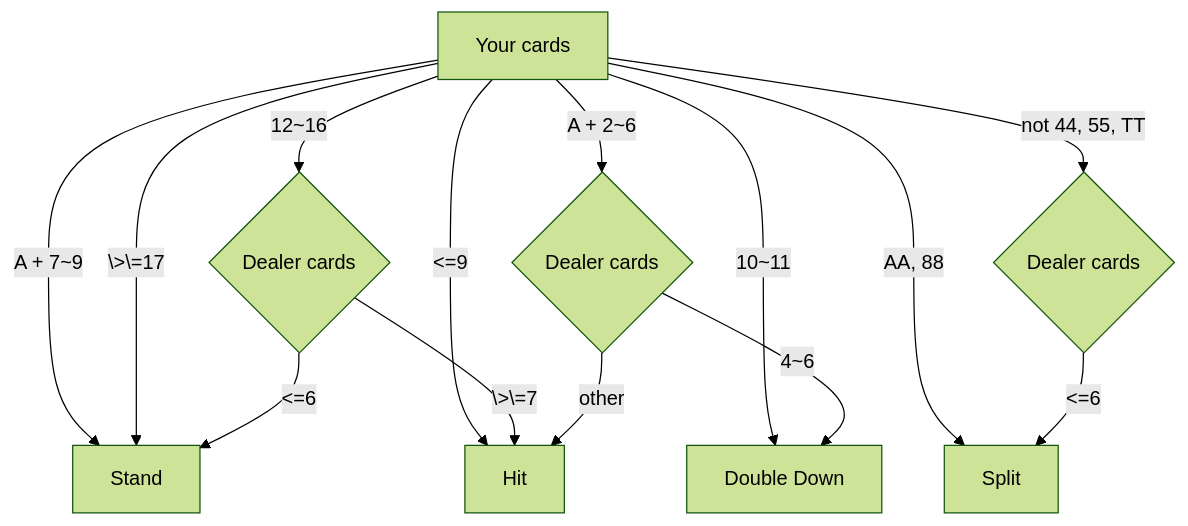
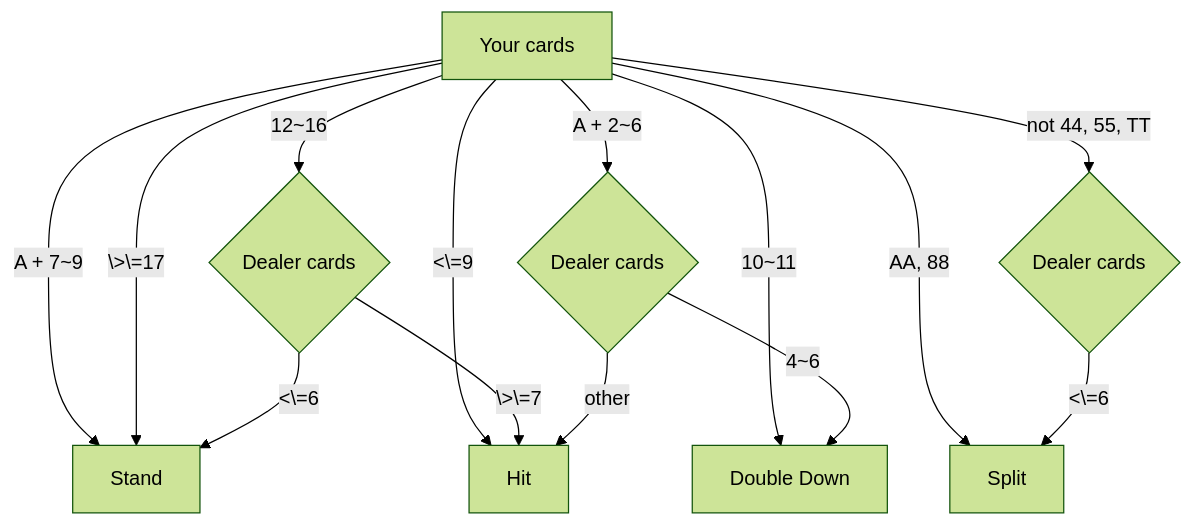
One commit to eric19960304/blackjack-basic-strategy-decision-tree changed the second of 2 diagrams in README.md. Above: the diagram before and after it, drawn with Mermaid (forest theme). The commit also changed other lines of this file, not shown here.

Commit message:
escape reserved char

````diff
--- a/README.md
+++ b/README.md
@@ -33,25 +33,25 @@
 ```mermaid
 flowchart TB
     playerCards[Your cards]
 
     playerCards --> |A + 7~9| stand
     playerCards --> |\>\=17| stand
     playerCards --> |12~16| delarCards{Dealer cards}
     playerCards --> |10~11| doubleDown
-    playerCards --> |<=9| hit
+    playerCards --> |<\=9| hit
     playerCards --> |AA, 88| split
     playerCards --> |not 44, 55, TT| delarCards3{Dealer cards}
 
     playerCards --> |A + 2~6| delarCards2{Dealer cards}
 
-    delarCards --> | <=6| stand
+    delarCards --> | <\=6| stand
     delarCards --> | \>\=7| hit
     delarCards2 --> |4~6| doubleDown
     delarCards2 --> |other| hit
-    delarCards3 --> |<=6| split
+    delarCards3 --> |<\=6| split
 
     stand[Stand]
     hit[Hit]
     doubleDown[Double Down]
     split[Split]
 ```
````
